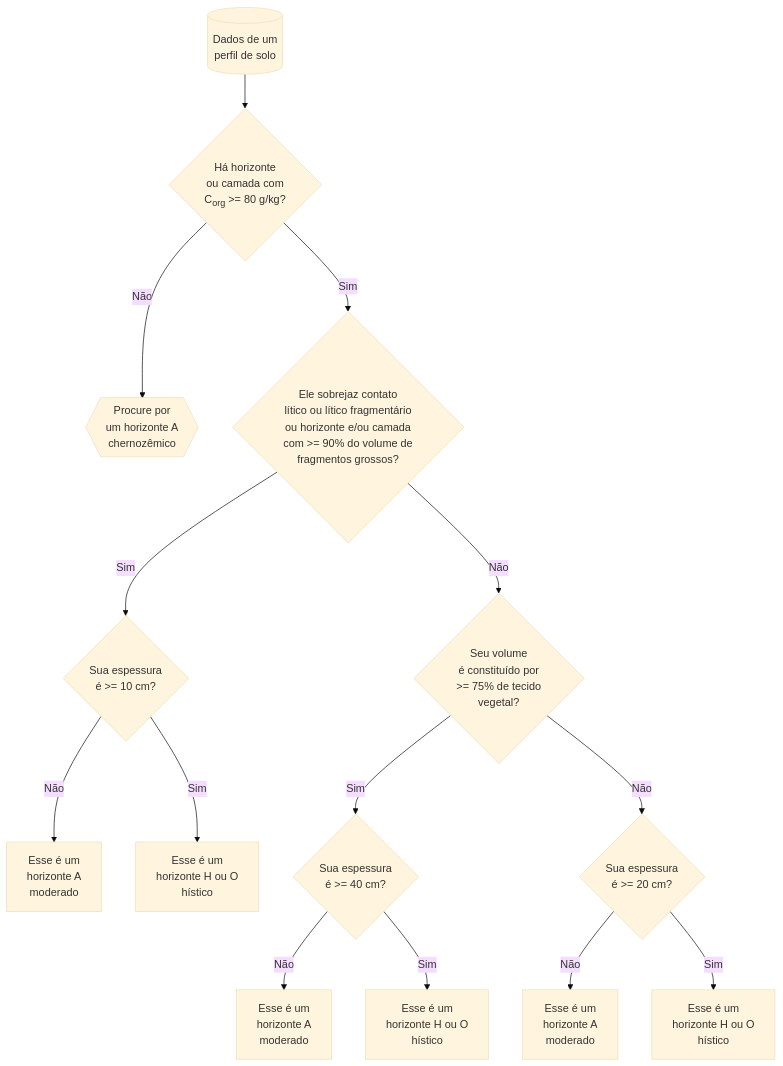
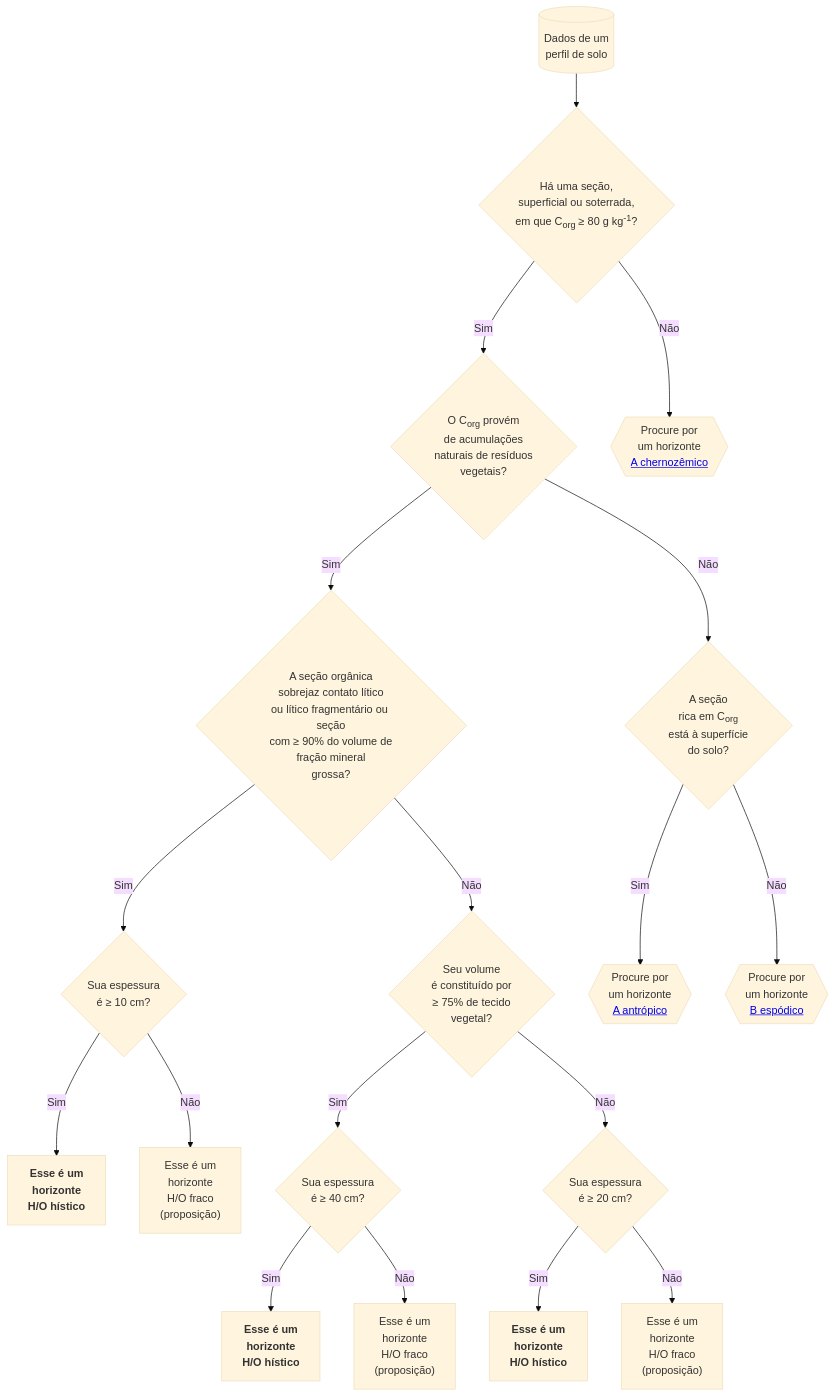
The diagram in content/cursos/classificacao-de-solos/histico.md (Laboratorio-de-Pedometria/pedometria.org), drawn with Mermaid (base theme) before and after one commit. The commit also changed other lines of this file, not shown here.

Commit message:
latest version

````diff
--- a/content/cursos/classificacao-de-solos/histico.md
+++ b/content/cursos/classificacao-de-solos/histico.md
@@ -19,17 +19,41 @@
 ```mermaid
 graph TB
-  A[(Dados de um<br>perfil de solo)]
-  A --> B{Há horizonte<br>ou camada com<br>C<sub>org</sub> >= 80 g/kg?}
-  B -->|Não| N{{Procure por<br>um horizonte A<br>chernozêmico}}
-  B -->|Sim| E{Ele sobrejaz contato<br>lítico ou lítico fragmentário<br>ou horizonte e/ou camada<br>com >= 90% do volume de<br>fragmentos grossos?}
-  E -->|Sim| Z{Sua espessura<br>é >= 10 cm?}
-  Z -->|Não| M[Esse é um<br>horizonte A<br>moderado]
-  Z -->|Sim| X[Esse é um<br>horizonte H ou O<br>hístico]
-  E -->|Não| I{Seu volume<br>é constituído por<br>>= 75% de tecido<br>vegetal?}
-  I -->|Sim| J{Sua espessura<br>é >= 40 cm?}
-  I -->|Não| L{Sua espessura<br>é >= 20 cm?}
-  J -->|Não| S[Esse é um<br>horizonte A<br>moderado]
-  L -->|Não| P[Esse é um<br>horizonte A<br>moderado]
-  L -->|Sim| R[Esse é um<br>horizonte H ou O<br>hístico]
-  J -->|Sim| Q[Esse é um<br>horizonte H ou O<br>hístico]
+  DADOS[(Dados de um<br>perfil de solo)]
+    --> ORGANICO{"Há uma seção,<br>superficial ou soterrada,<br>em que C<sub>org</sub> ≥ 80 g kg<sup>-1</sup>?"}
+  ORGANICO
+    -->|Sim| VEGETAL{"O C<sub>org</sub> provém<br>de acumulações<br>naturais de resíduos<br>vegetais?"}
+  ORGANICO
+    -->|Não| CHERNOZEM{{"Procure por<br>um horizonte<br><a href='../chernozemico/'>A chernozêmico</a>"}}
+  VEGETAL
+    -->|Sim| O_LITICO{"A seção orgânica<br>sobrejaz contato lítico<br>ou lítico fragmentário ou seção<br>com ≥ 90% do volume de<br>fração mineral<br>grossa?"}
+  VEGETAL
+    -->|Não| SUPERFICIE{"A seção<br>rica em C<sub>org</sub><br>está à superfície<br>do solo?"}
+  O_LITICO
+    -->|Sim| O_LITICO_DELGADO{"Sua espessura<br>é ≥ 10 cm?"}
+  O_LITICO
+    -->|Não| TECIDO{"Seu volume<br>é constituído por<br>≥ 75% de tecido<br>vegetal?"}
+  SUPERFICIE
+     -->|Sim| A_ANTROPICO{{"Procure por<br>um horizonte<br><a href='../antropico/'>A antrópico</a>"}}
+  SUPERFICIE
+    -->|Não| B_ESPODICO{{"Procure por<br>um horizonte<br><a href='../espodico/'>B espódico</a>"}}
+  O_LITICO_DELGADO
+    -->|Sim| O_HISTICO_1["Esse é um<br>horizonte<br>H/O hístico"]
+  O_LITICO_DELGADO
+    -->|Não| A_FRACO_1["Esse é um<br>horizonte<br>H/O fraco<br>(proposição)"]
+  TECIDO
+    --> |Sim| O_ESPESSO{"Sua espessura<br>é ≥ 40 cm?"}
+  TECIDO
+    --> |Não| O_TIPICO{"Sua espessura<br>é ≥ 20 cm?"}
+  O_ESPESSO
+    -->|Sim| O_HISTICO_2["Esse é um<br>horizonte<br>H/O hístico"]
+  O_ESPESSO
+    -->|Não| O_FRACO_2["Esse é um<br>horizonte<br>H/O fraco<br>(proposição)"]
+  O_TIPICO
+    -->|Sim| O_HISTICO_3["Esse é um<br>horizonte<br>H/O hístico"]
+  O_TIPICO
+    -->|Não| O_FRACO_3["Esse é um<br>horizonte<br>H/O fraco<br>(proposição)"]
+  O_HISTICO_1:::HISTICO
+  O_HISTICO_2:::HISTICO  
+  O_HISTICO_3:::HISTICO
+  classDef HISTICO font-weight:bold;
 ```
````
